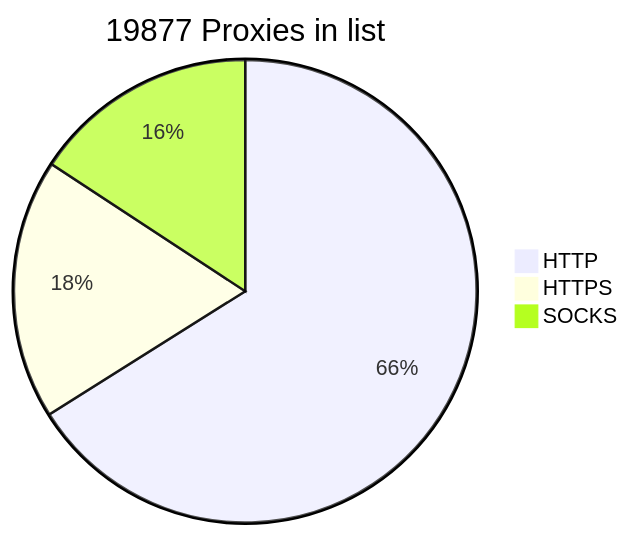
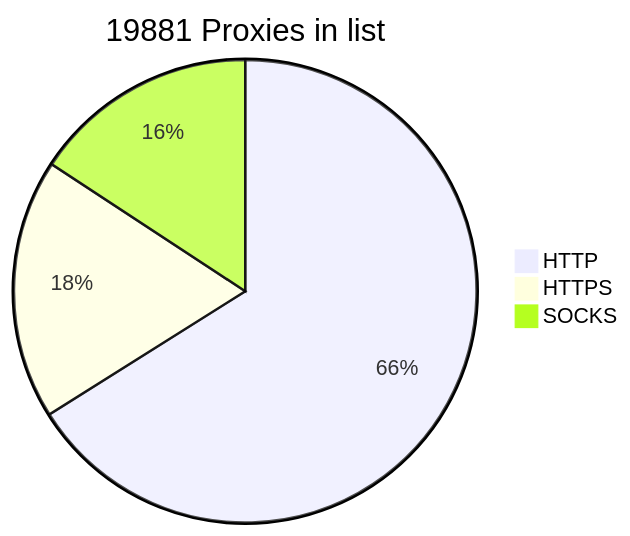
One commit to BlackSnowDot/proxylist-update-every-minute changed the diagram in README.md. Above: the diagram before and after it, drawn with Mermaid.

````diff
--- a/README.md
+++ b/README.md
@@ -2,6 +2,6 @@
 ```mermaid
-pie title 19877 Proxies in list
-    "HTTP" : 14539
-    "HTTPS": 4000
+pie title 19881 Proxies in list
+    "HTTP" : 14541
+    "HTTPS": 4002
     "SOCKS" : 3468
 ```
````
